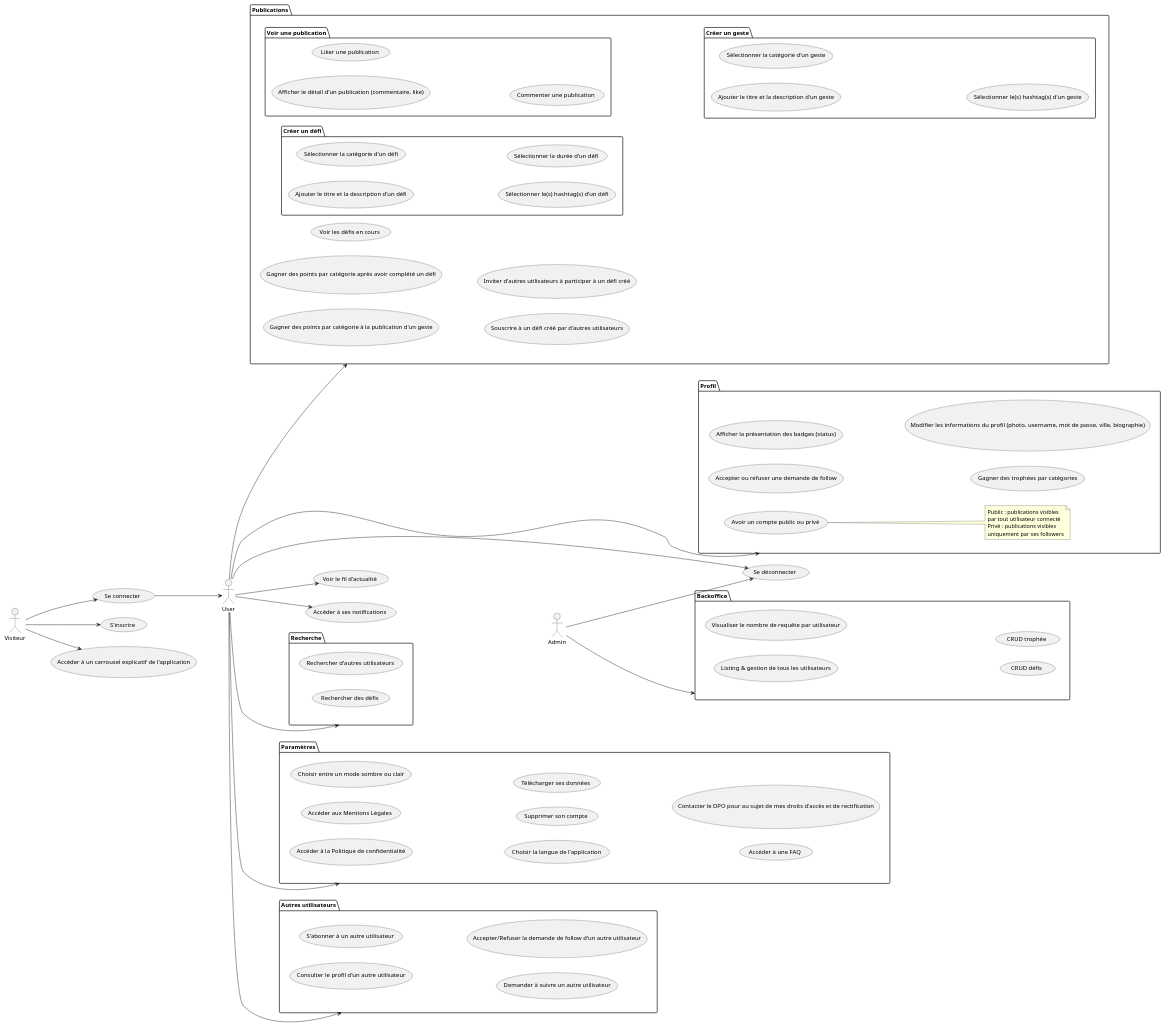
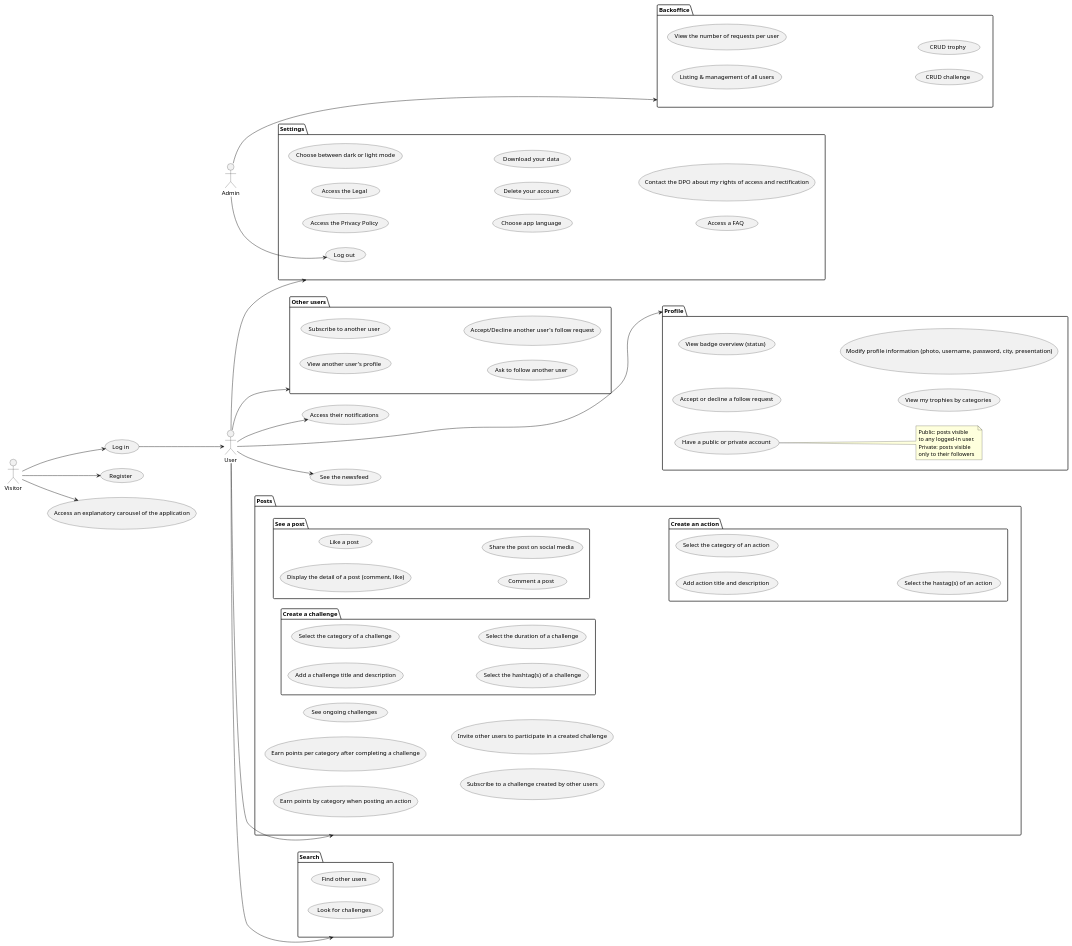
The diagram in conception/diagrams/usecase/use_case.puml (Eco-Gest/Frontend-Flutter), drawn with PlantUML before and after one commit. The commit also changed 1 other file, not shown here.

Commit message:
:art:[#3] update(diagrams): change language to EN + add shared post + change win trophies to see trophies + move disconnect to the setting package

```diff
--- a/conception/diagrams/usecase/use_case.puml
+++ b/conception/diagrams/usecase/use_case.puml
@@ -1,100 +1,100 @@
 @startuml
 left to right direction
-actor :Visiteur: as V
+actor :Visitor: as V
 actor :User: as U
 actor :Admin: as A
 
-usecase "Se connecter" as (Connect)
-usecase "S'inscrire" as (Register)
-usecase "Se déconnecter" as (Disconnect)
+usecase "Log in" as (Connect)
+usecase "Register" as (Register)
 
-usecase "Voir le fil d'actualité" as (Actu)
-usecase "Accéder à ses notifications" as (Notif)
-usecase "Accéder à un carrousel explicatif de l'application" as (AppInfos)
+usecase "See the newsfeed" as (Actu)
+usecase "Access their notifications" as (Notif)
+usecase "Access an explanatory carousel of the application" as (AppInfos)
 
-package "Publications" as (Publi) {
-  usecase "Gagner des points par catégorie à la publication d'un geste"
-  usecase "Gagner des points par catégorie après avoir complété un défi"
-  usecase "Voir les défis en cours"
-  usecase "Souscrire à un défi créé par d'autres utilisateurs"
-  usecase "Inviter d'autres utilisateurs à participer à un défi créé"
-  package "Voir une publication" {
-    usecase "Afficher le détail d'un publication (commentaire, like)" as (Détail)
-    usecase "Liker une publication" as (Like)
-    usecase "Commenter une publication" as (Comment)
+package "Posts" as (Publi) {
+  usecase "Earn points by category when posting an action"
+  usecase "Earn points per category after completing a challenge"
+  usecase "See ongoing challenges"
+  usecase "Subscribe to a challenge created by other users"
+  usecase "Invite other users to participate in a created challenge"
+  package "See a post" {
+    usecase "Display the detail of a post (comment, like)" as (Détail)
+    usecase "Like a post" as (Like)
+    usecase "Comment a post" as (Comment)
+    usecase "Share the post on social media" as (Shared)
   }
-  package "Créer un défi" {
-    usecase "Ajouter le titre et la description d'un défi"
-    usecase "Sélectionner la catégorie d'un défi"
-    usecase "Sélectionner le(s) hashtag(s) d'un défi"
-    usecase "Sélectionner la durée d'un défi"
+  package "Create a challenge" {
+    usecase "Add a challenge title and description"
+    usecase "Select the category of a challenge"
+    usecase "Select the hashtag(s) of a challenge"
+    usecase "Select the duration of a challenge"
   }
-  package "Créer un geste" {
-    usecase "Ajouter le titre et la description d'un geste"
-    usecase "Sélectionner la catégorie d'un geste"
-    usecase "Sélectionner le(s) hashtag(s) d'un geste"
+  package "Create an action" {
+    usecase "Add action title and description"
+    usecase "Select the category of an action"
+    usecase "Select the hastag(s) of an action"
   }
 }
 
-package "Recherche" {
-  usecase "Rechercher d'autres utilisateurs"
-  usecase "Rechercher des défis"
+package "Search" as (Search) {
+  usecase "Find other users"
+  usecase "Look for challenges"
 }
 
-package "Paramètres" as (Param) {
-  usecase "Accéder à la Politique de confidentialité"
-  usecase "Accéder aux Mentions Légales"
-  usecase "Choisir entre un mode sombre ou clair"
-  usecase "Choisir la langue de l'application"
-  usecase "Supprimer son compte"
-  usecase "Télécharger ses données"
-  usecase "Accéder à une FAQ"
-  usecase "Contacter le DPO pour au sujet de mes droits d'accès et de rectification"
+package "Settings" as (Param) {
+  usecase "Access the Privacy Policy"
+  usecase "Access the Legal"
+  usecase "Choose between dark or light mode"
+  usecase "Choose app language"
+  usecase "Delete your account"
+  usecase "Download your data"
+  usecase "Access a FAQ"
+  usecase "Contact the DPO about my rights of access and rectification"
+  usecase "Log out" as (Disconnect)
 }
 
-package "Autres utilisateurs" as (Others) {
-  usecase "Consulter le profil d'un autre utilisateur"
-  usecase "S'abonner à un autre utilisateur"
-  usecase "Demander à suivre un autre utilisateur"
-  usecase "Accepter/Refuser la demande de follow d'un autre utilisateur"
+package "Other users" as (Others) {
+  usecase "View another user's profile"
+  usecase "Subscribe to another user"
+  usecase "Ask to follow another user"
+  usecase "Accept/Decline another user's follow request"
 }
 
-package "Profil" {
-  usecase "Avoir un compte public ou privé" as (Status)
-  usecase "Accepter ou refuser une demande de follow" as (Follow)
-  usecase "Afficher la présentation des badges (status)"
-  usecase "Gagner des trophées par catégories"
-  usecase "Modifier les informations du profil (photo, username, mot de passe, ville, biographie)"
+package "Profile" as (Profile) {
+  usecase "Have a public or private account" as (Status)
+  usecase "Accept or decline a follow request" as (Follow)
+  usecase "View badge overview (status)"
+  usecase "View my trophies by categories"
+  usecase "Modify profile information (photo, username, password, city, presentation)"
   note right of (Status)
-    Public : publications visibles 
-    par tout utilisateur connecté
-    Privé : publications visibles 
-    uniquement par ses followers
+    Public: posts visible 
+    to any logged-in user. 
+    Private: posts visible 
+    only to their followers
   end note
 }
 
 package "Backoffice" {
-  usecase "Listing & gestion de tous les utilisateurs"
-  usecase "Visualiser le nombre de requête par utilisateur"
-  usecase "CRUD défis"
-  usecase "CRUD trophée"
+  usecase "Listing & management of all users"
+  usecase "View the number of requests per user"
+  usecase "CRUD challenge"
+  usecase "CRUD trophy"
 }
 
 (Connect) --> U
 
 V --> (Connect)
 V --> (Register)
 V --> (AppInfos)
 
 U --> (Actu)
 U --> (Publi)
 U --> (Notif)
-U --> (Disconnect)
 U --> (Param)
-U --> Recherche
+U --> (Search)
 U --> (Others)
-U --> Profil
+U --> (Profile)
 
 A --> (Disconnect)
 A --> Backoffice
 @enduml
```
